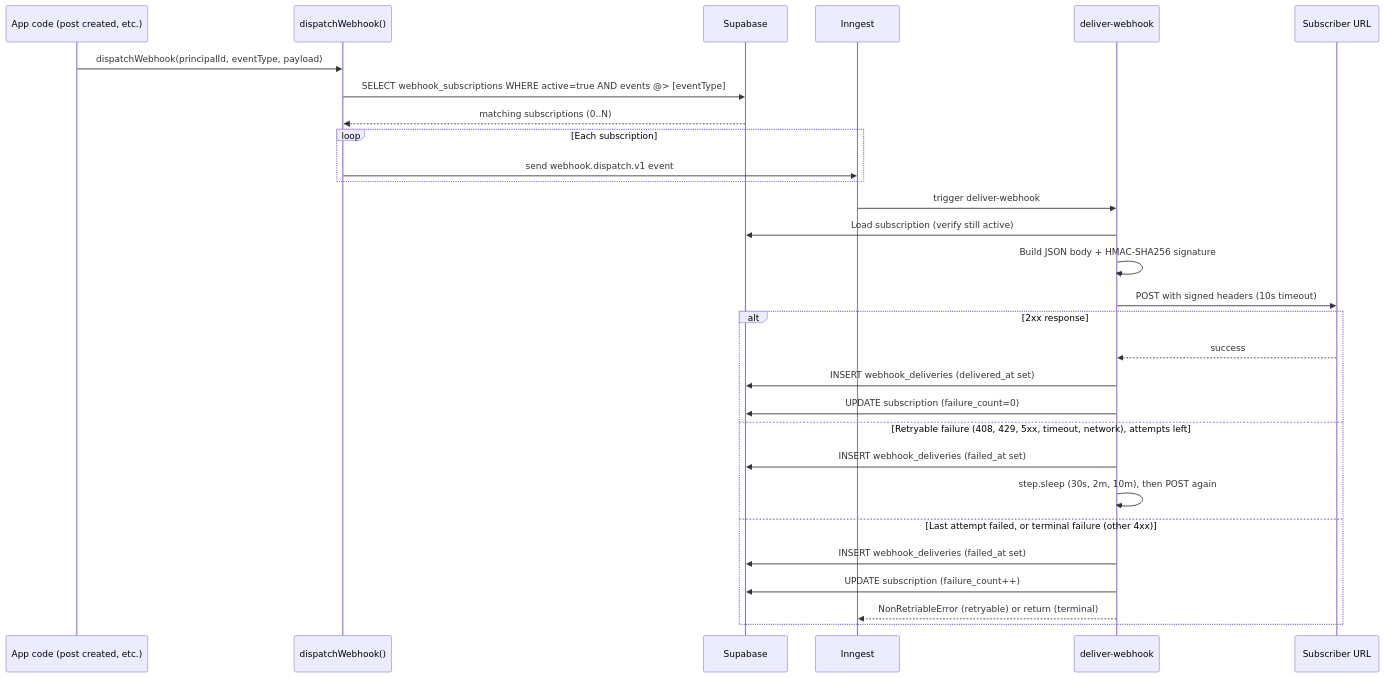
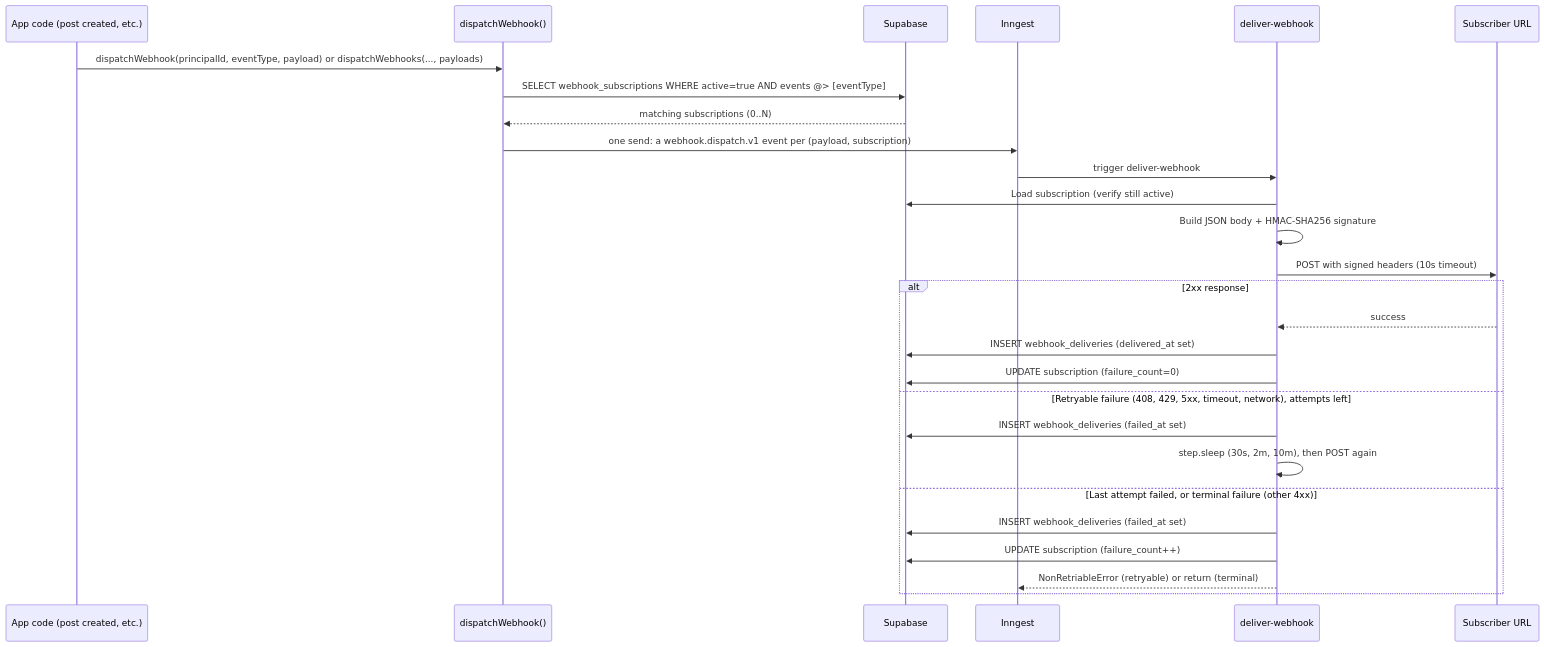
One commit to Andy00L/sharetopus changed the second of 2 diagrams in docs/WEBHOOKS.md. Above: the diagram before and after it, drawn with Mermaid. The commit also changed other lines of this file and 15 other files, not shown here.

````diff
--- a/docs/WEBHOOKS.md
+++ b/docs/WEBHOOKS.md
@@ -59,34 +59,32 @@
 ```mermaid
 sequenceDiagram
     participant Caller as App code (post created, etc.)
     participant Dispatch as dispatchWebhook()
     participant DB as Supabase
     participant Inngest as Inngest
     participant Worker as deliver-webhook
     participant Endpoint as Subscriber URL
 
-    Caller->>Dispatch: dispatchWebhook(principalId, eventType, payload)
+    Caller->>Dispatch: dispatchWebhook(principalId, eventType, payload) or dispatchWebhooks(..., payloads)
     Dispatch->>DB: SELECT webhook_subscriptions WHERE active=true AND events @> [eventType]
     DB-->>Dispatch: matching subscriptions (0..N)
-    loop Each subscription
-        Dispatch->>Inngest: send webhook.dispatch.v1 event
-    end
+    Dispatch->>Inngest: one send: a webhook.dispatch.v1 event per (payload, subscription)
 
     Inngest->>Worker: trigger deliver-webhook
     Worker->>DB: Load subscription (verify still active)
     Worker->>Worker: Build JSON body + HMAC-SHA256 signature
     Worker->>Endpoint: POST with signed headers (10s timeout)
 
     alt 2xx response
         Endpoint-->>Worker: success
         Worker->>DB: INSERT webhook_deliveries (delivered_at set)
         Worker->>DB: UPDATE subscription (failure_count=0)
     else Retryable failure (408, 429, 5xx, timeout, network), attempts left
         Worker->>DB: INSERT webhook_deliveries (failed_at set)
         Worker->>Worker: step.sleep (30s, 2m, 10m), then POST again
     else Last attempt failed, or terminal failure (other 4xx)
         Worker->>DB: INSERT webhook_deliveries (failed_at set)
         Worker->>DB: UPDATE subscription (failure_count++)
         Worker-->>Inngest: NonRetriableError (retryable) or return (terminal)
     end
 ```
````
